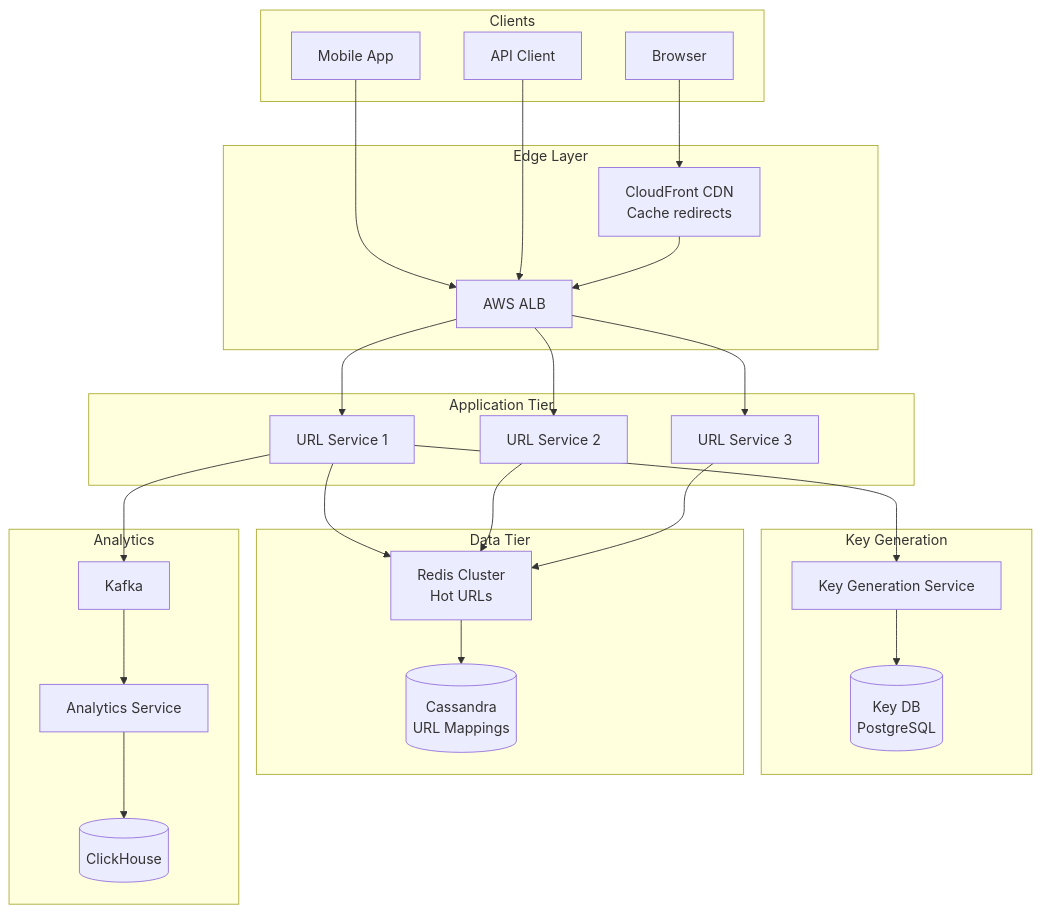
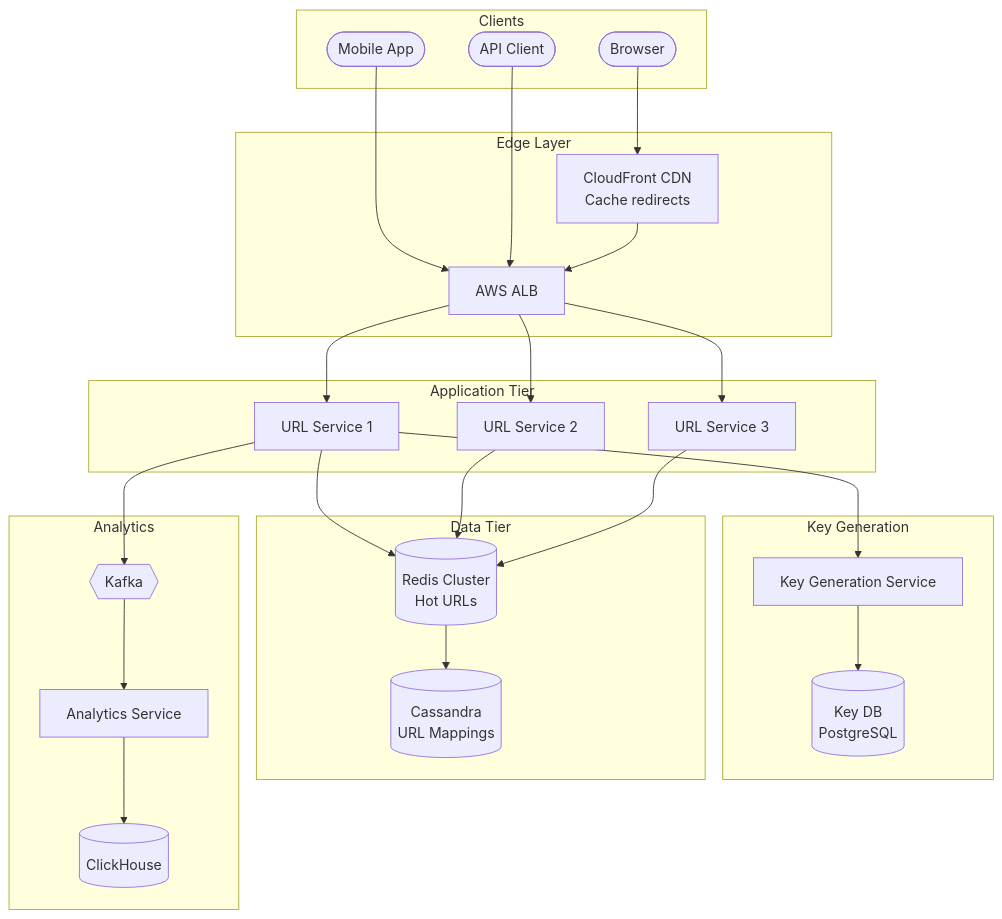
Before and after one commit to ShanmugaGanesh1999/Portfolio: the diagram in docs/prep/System Design/06-Case-Studies/07-tinyurl.md, drawn with Mermaid. The commit also changed 40 other files, not shown here.

First line of the commit message:
Refactor diagram node rendering to use reusable shape components

````diff
--- a/docs/prep/System Design/06-Case-Studies/07-tinyurl.md
+++ b/docs/prep/System Design/06-Case-Studies/07-tinyurl.md
@@ -52,52 +52,52 @@
 ```mermaid
 graph TD
     subgraph Clients
-        C1[Browser]
-        C2[Mobile App]
-        C3[API Client]
+        C1([Browser])
+        C2([Mobile App])
+        C3([API Client])
     end
     
     subgraph Edge Layer
         LB[AWS ALB]
         CDN[CloudFront CDN<br/>Cache redirects]
     end
     
     subgraph Application Tier
         WS1[URL Service 1]
         WS2[URL Service 2]
         WS3[URL Service 3]
     end
     
     subgraph Key Generation
         KGS[Key Generation Service]
         KDB[(Key DB<br/>PostgreSQL)]
     end
     
     subgraph Data Tier
-        CACHE[Redis Cluster<br/>Hot URLs]
+        CACHE[(Redis Cluster<br/>Hot URLs)]
         DB[(Cassandra<br/>URL Mappings)]
     end
     
     subgraph Analytics
-        KAFKA[Kafka]
+        KAFKA{{Kafka}}
         ANALYTICS[Analytics Service]
         CLICKHOUSE[(ClickHouse)]
     end
     
     C1 --> CDN
     C2 --> LB
     C3 --> LB
     CDN --> LB
     LB --> WS1
     LB --> WS2
     LB --> WS3
     WS1 --> CACHE
     WS2 --> CACHE
     WS3 --> CACHE
     CACHE --> DB
     WS1 --> KGS
     KGS --> KDB
     WS1 --> KAFKA
     KAFKA --> ANALYTICS
     ANALYTICS --> CLICKHOUSE
 ```
````
